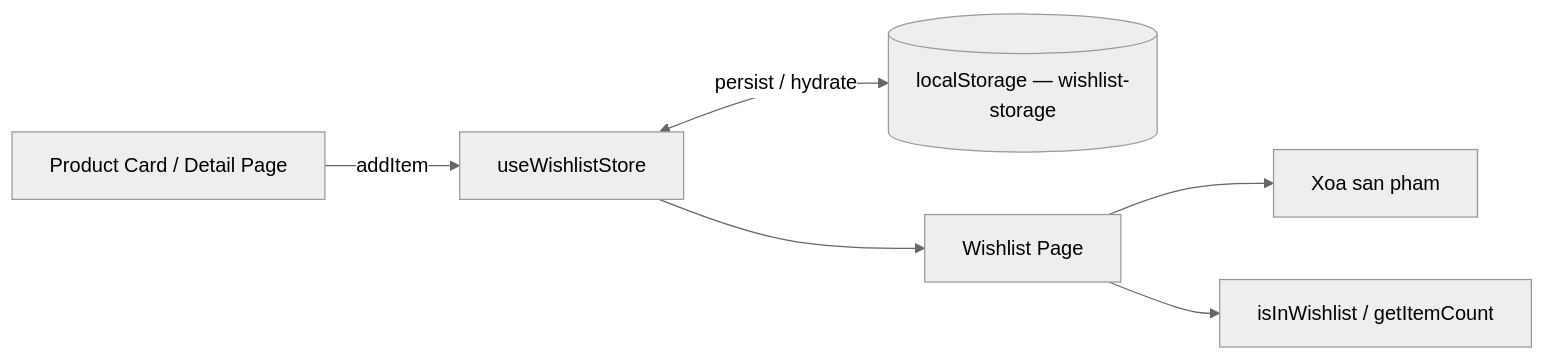
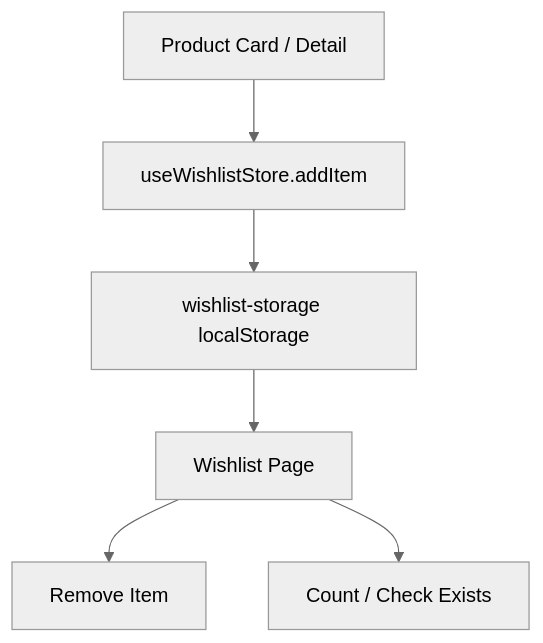
One commit to NguyenDinhDang/Docs-E-commerce changed the fifth of 9 diagrams in 07-so-do-mermaid.md. Above: the diagram before and after it, drawn with Mermaid (neutral theme). The commit also changed other lines of this file and 4 other files, not shown here.

````diff
--- a/07-so-do-mermaid.md
+++ b/07-so-do-mermaid.md
@@ -108,11 +62,8 @@
 ```mermaid
-flowchart LR
-    Trigger[Product Card / Detail Page]
-
-    Trigger -->|addItem| WS[useWishlistStore]
-    WS <-->|persist / hydrate| LS[(localStorage — wishlist-storage)]
-    WS --> WP[Wishlist Page]
-
-    WP --> RM[Xoa san pham]
-    WP --> Check[isInWishlist / getItemCount]
+flowchart TD
+  A[Product Card / Detail] --> B[useWishlistStore.addItem]
+  B --> C[wishlist-storage localStorage]
+  C --> D[Wishlist Page]
+  D --> E[Remove Item]
+  D --> F[Count / Check Exists]
 ```
````
